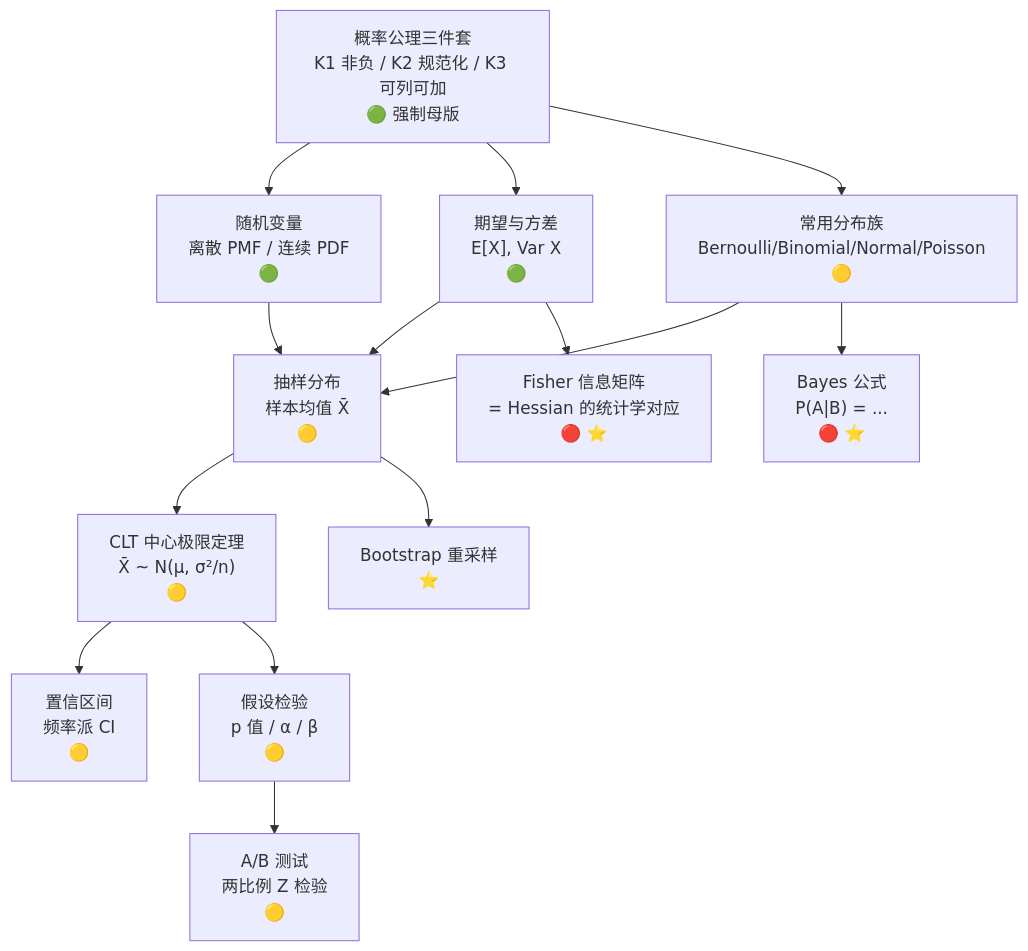
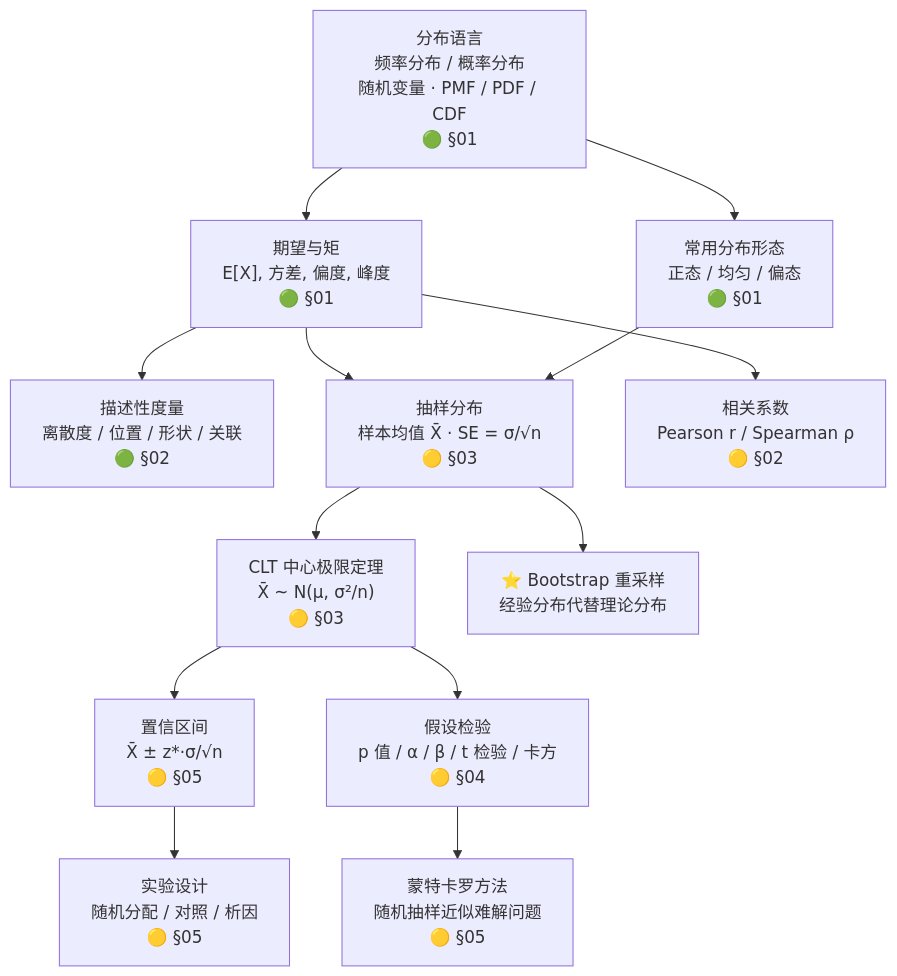
The diagram in zh/教辅/信息图/第04章.md (godlockin/maths-cs-ai-compendium), drawn with Mermaid before and after one commit. The commit also changed other lines of this file and 22 other files, not shown here.

First line of the commit message:
fix(zh): ch04/ch05 full jiaofu remediation + published-chapter P0 timeliness fixes

````diff
--- a/zh/教辅/信息图/第04章.md
+++ b/zh/教辅/信息图/第04章.md
@@ -9,43 +9,43 @@
 ```mermaid
 flowchart TB
-    A["概率公理三件套
-K1 非负 / K2 规范化 / K3 可列可加
-🟢 强制母版"] --> B["随机变量
-离散 PMF / 连续 PDF
-🟢"]
-    A --> C["期望与方差
-E[X], Var X
-🟢"]
-    A --> D["常用分布族
-Bernoulli/Binomial/Normal/Poisson
-🟡"]
+    A["分布语言
+频率分布 / 概率分布
+随机变量 · PMF / PDF / CDF
+🟢 §01"] --> B["期望与矩
+E[X], 方差, 偏度, 峰度
+🟢 §01"]
+    A --> C["常用分布形态
+正态 / 均匀 / 偏态
+🟢 §01"]
+
+    B --> D["描述性度量
+离散度 / 位置 / 形状 / 关联
+🟢 §02"]
 
     B --> E["抽样分布
-样本均值 X̄
-🟡"]
+样本均值 X̄ · SE = σ/√n
+🟡 §03"]
     C --> E
-    D --> E
 
     E --> F["CLT 中心极限定理
 X̄ ~ N(μ, σ²/n)
-🟡"]
+🟡 §03"]
     F --> G["置信区间
-频率派 CI
-🟡"]
+X̄ ± z*·σ/√n
+🟡 §05"]
     F --> H["假设检验
-p 值 / α / β
-🟡"]
+p 值 / α / β / t 检验 / 卡方
+🟡 §04"]
 
-    D --> I["Bayes 公式
-P(A|B) = ...
-🔴 ⭐"]
-
-    H --> J["A/B 测试
-两比例 Z 检验
-🟡"]
-    E --> K["Bootstrap 重采样
-⭐"]
-    C --> L["Fisher 信息矩阵
-= Hessian 的统计学对应
-🔴 ⭐"]
+    H --> I["蒙特卡罗方法
+随机抽样近似难解问题
+🟡 §05"]
+    E --> J["⭐ Bootstrap 重采样
+经验分布代替理论分布"]
+    B --> K["相关系数
+Pearson r / Spearman ρ
+🟡 §02"]
+    G --> L["实验设计
+随机分配 / 对照 / 析因
+🟡 §05"]
 ```
````
